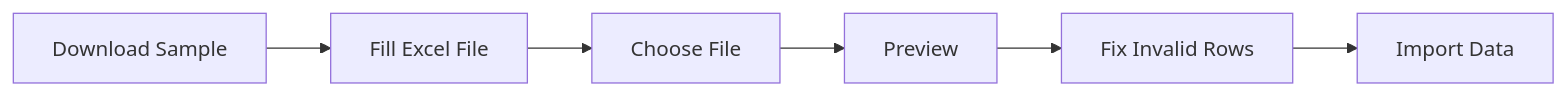
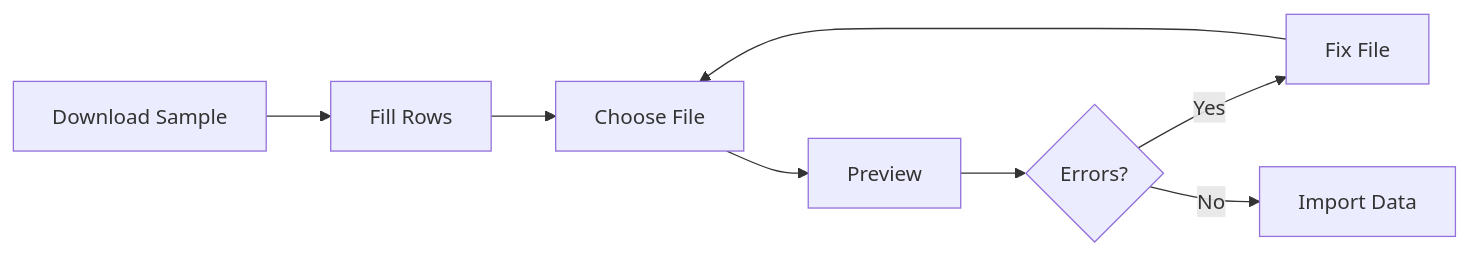
Before and after one commit to mohanmaali-dev/Hotel-Anmol-ONE-Frontent: the tenth of 10 diagrams in docs/RESTAURANT_OWNER_GUIDE.md, drawn with Mermaid. The commit also changed other lines of this file and 27 other files, not shown here.

````diff
--- a/docs/RESTAURANT_OWNER_GUIDE.md
+++ b/docs/RESTAURANT_OWNER_GUIDE.md
@@ -482,8 +521,10 @@
 ```mermaid
 flowchart LR
-    A[Download Sample] --> B[Fill Excel File]
+    A[Download Sample] --> B[Fill Rows]
     B --> C[Choose File]
     C --> D[Preview]
-    D --> E[Fix Invalid Rows]
-    E --> F[Import Data]
+    D --> E{Errors?}
+    E -->|Yes| F[Fix File]
+    F --> C
+    E -->|No| G[Import Data]
 ```
````
